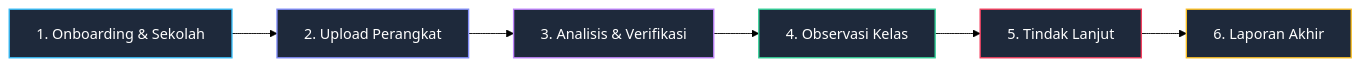
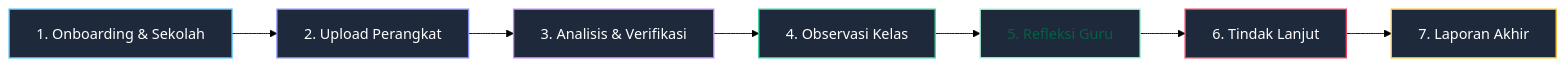
Before and after one commit to Hnzsama/supervisi_sekolah: the first of 2 diagrams in docs/03-alur-kerja-bisnis.md, drawn with Mermaid (forest theme). The commit also changed other lines of this file and 13 other files, not shown here.

Commit message:
docs: tambahkan tahap refleksi guru pasca-observasi kelas dan pertimbangan tindak lanjut

````diff
--- a/docs/03-alur-kerja-bisnis.md
+++ b/docs/03-alur-kerja-bisnis.md
@@ -7,15 +7,17 @@
 ```mermaid
 flowchart LR
     T1["1. Onboarding & Sekolah"] --> T2["2. Upload Perangkat"]
     T2 --> T3["3. Analisis & Verifikasi"]
     T3 --> T4["4. Observasi Kelas"]
-    T4 --> T5["5. Tindak Lanjut"]
-    T5 --> T6["6. Laporan Akhir"]
+    T4 --> T5["5. Refleksi Guru"]
+    T5 --> T6["6. Tindak Lanjut"]
+    T6 --> T7["7. Laporan Akhir"]
 
     style T1 fill:#1e293b,stroke:#38bdf8,stroke-width:1.5px,color:#fff
     style T2 fill:#1e293b,stroke:#818cf8,stroke-width:1.5px,color:#fff
     style T3 fill:#1e293b,stroke:#c084fc,stroke-width:1.5px,color:#fff
     style T4 fill:#1e293b,stroke:#34d399,stroke-width:1.5px,color:#fff
-    style T5 fill:#1e293b,stroke:#f43f5e,stroke-width:1.5px,color:#fff
-    style T6 fill:#1e293b,stroke:#fbbf24,stroke-width:1.5px,color:#fff
+    style T5 fill:#1e293b,stroke:#a7f3d0,stroke-width:1.5px,color:#065f46
+    style T6 fill:#1e293b,stroke:#f43f5e,stroke-width:1.5px,color:#fff
+    style T7 fill:#1e293b,stroke:#fbbf24,stroke-width:1.5px,color:#fff
 ```
````
